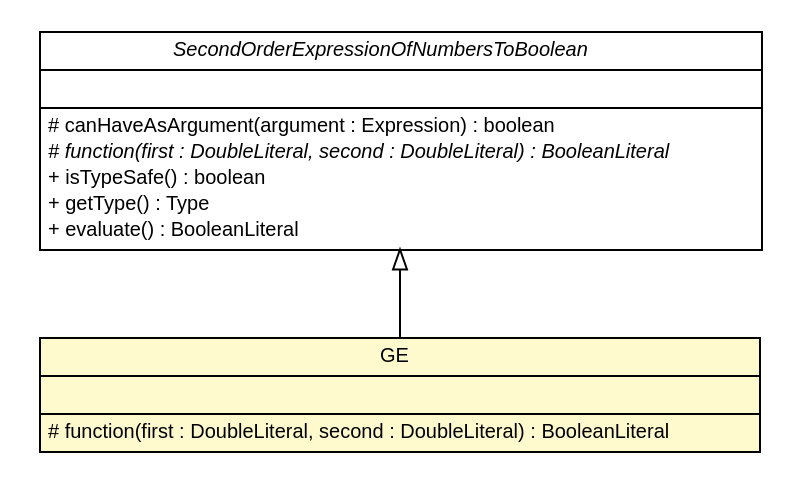
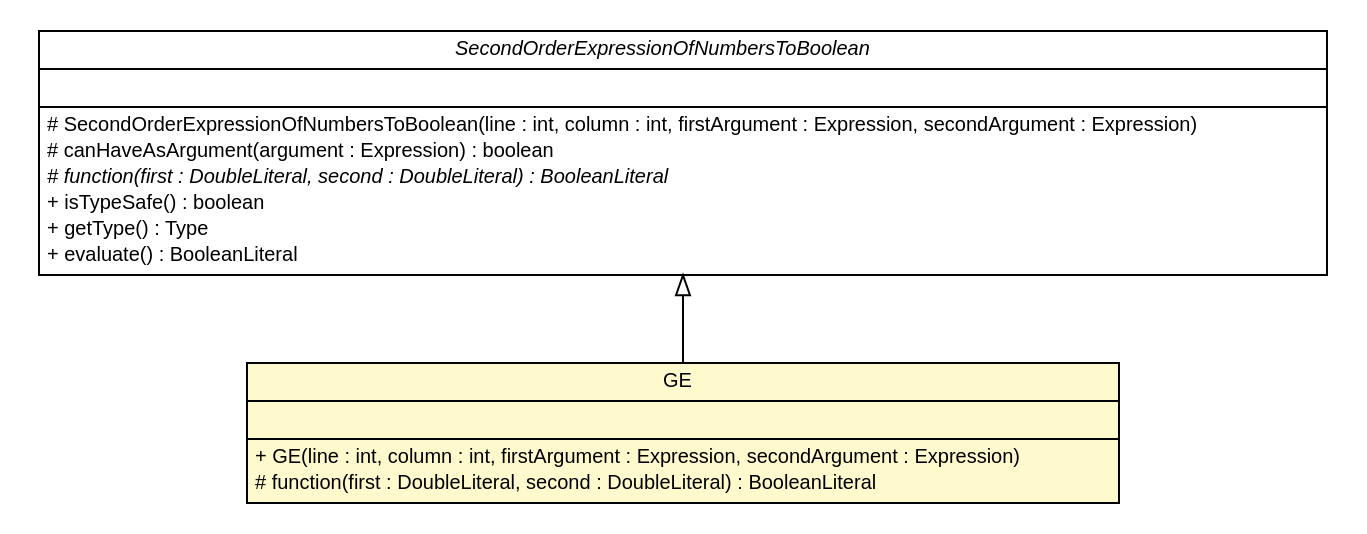
Before and after one commit to sinopeus/asteroids: the diagram in doc/model/programs/parsing/language/expression/second_order/GE.dot, drawn with Graphviz. The commit also changed 940 other files, not shown here.

```diff
--- a/doc/model/programs/parsing/language/expression/second_order/GE.dot
+++ b/doc/model/programs/parsing/language/expression/second_order/GE.dot
@@ -1,42 +1,44 @@
 #!/usr/local/bin/dot
 #
 # Class diagram 
 # Generated by UMLGraph version R5_6 (http://www.umlgraph.org/)
 #
 
 digraph G {
 	edge [fontname="Helvetica",fontsize=10,labelfontname="Helvetica",labelfontsize=10];
 	node [fontname="Helvetica",fontsize=10,shape=plaintext];
 	nodesep=0.25;
 	ranksep=0.5;
 	// model.programs.parsing.language.expression.second_order.SecondOrderExpressionOfNumbersToBoolean
-	c10370 [label=<<table title="model.programs.parsing.language.expression.second_order.SecondOrderExpressionOfNumbersToBoolean" border="0" cellborder="1" cellspacing="0" cellpadding="2" port="p" href="./SecondOrderExpressionOfNumbersToBoolean.html">
+	c10415 [label=<<table title="model.programs.parsing.language.expression.second_order.SecondOrderExpressionOfNumbersToBoolean" border="0" cellborder="1" cellspacing="0" cellpadding="2" port="p" href="./SecondOrderExpressionOfNumbersToBoolean.html">
 		<tr><td><table border="0" cellspacing="0" cellpadding="1">
 <tr><td align="center" balign="center"><font face="Helvetica-Oblique"> SecondOrderExpressionOfNumbersToBoolean </font></td></tr>
 		</table></td></tr>
 		<tr><td><table border="0" cellspacing="0" cellpadding="1">
 <tr><td align="left" balign="left">  </td></tr>
 		</table></td></tr>
 		<tr><td><table border="0" cellspacing="0" cellpadding="1">
+<tr><td align="left" balign="left"> # SecondOrderExpressionOfNumbersToBoolean(line : int, column : int, firstArgument : Expression, secondArgument : Expression) </td></tr>
 <tr><td align="left" balign="left"> # canHaveAsArgument(argument : Expression) : boolean </td></tr>
 <tr><td align="left" balign="left"><font face="Helvetica-Oblique" point-size="10.0"> # function(first : DoubleLiteral, second : DoubleLiteral) : BooleanLiteral </font></td></tr>
 <tr><td align="left" balign="left"> + isTypeSafe() : boolean </td></tr>
 <tr><td align="left" balign="left"> + getType() : Type </td></tr>
 <tr><td align="left" balign="left"> + evaluate() : BooleanLiteral </td></tr>
 		</table></td></tr>
 		</table>>, URL="./SecondOrderExpressionOfNumbersToBoolean.html", fontname="Helvetica", fontcolor="black", fontsize=10.0];
 	// model.programs.parsing.language.expression.second_order.GE
-	c10377 [label=<<table title="model.programs.parsing.language.expression.second_order.GE" border="0" cellborder="1" cellspacing="0" cellpadding="2" port="p" bgcolor="lemonChiffon" href="./GE.html">
+	c10422 [label=<<table title="model.programs.parsing.language.expression.second_order.GE" border="0" cellborder="1" cellspacing="0" cellpadding="2" port="p" bgcolor="lemonChiffon" href="./GE.html">
 		<tr><td><table border="0" cellspacing="0" cellpadding="1">
 <tr><td align="center" balign="center"> GE </td></tr>
 		</table></td></tr>
 		<tr><td><table border="0" cellspacing="0" cellpadding="1">
 <tr><td align="left" balign="left">  </td></tr>
 		</table></td></tr>
 		<tr><td><table border="0" cellspacing="0" cellpadding="1">
+<tr><td align="left" balign="left"> + GE(line : int, column : int, firstArgument : Expression, secondArgument : Expression) </td></tr>
 <tr><td align="left" balign="left"> # function(first : DoubleLiteral, second : DoubleLiteral) : BooleanLiteral </td></tr>
 		</table></td></tr>
 		</table>>, URL="./GE.html", fontname="Helvetica", fontcolor="black", fontsize=10.0];
 	//model.programs.parsing.language.expression.second_order.GE extends model.programs.parsing.language.expression.second_order.SecondOrderExpressionOfNumbersToBoolean
-	c10370:p -> c10377:p [dir=back,arrowtail=empty];
+	c10415:p -> c10422:p [dir=back,arrowtail=empty];
 }
```
